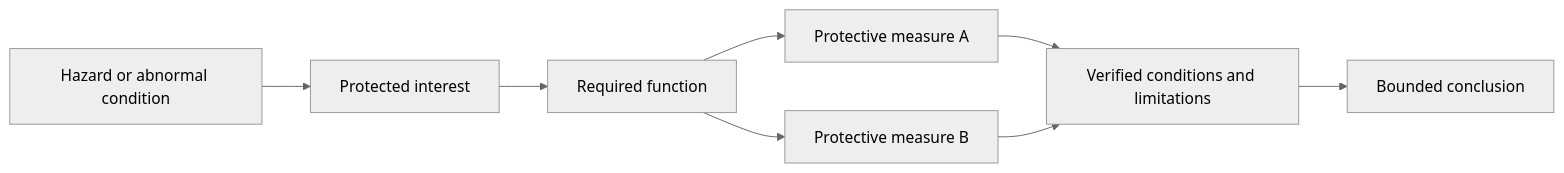
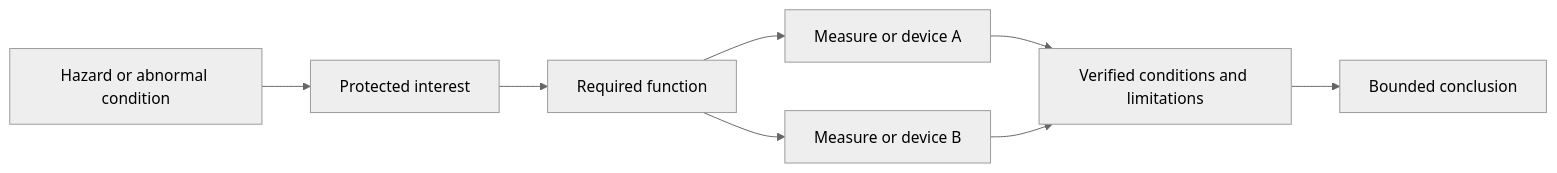
Before and after one commit to andrew3stedall/capstone: the second of 2 diagrams in docs/learning-plans/12-week/modules/day-10-protective-device-roles-and-protection-boundaries.md, drawn with Mermaid (neutral theme). The commit also changed other lines of this file and 3 other files, not shown here.

````diff
--- a/docs/learning-plans/12-week/modules/day-10-protective-device-roles-and-protection-boundaries.md
+++ b/docs/learning-plans/12-week/modules/day-10-protective-device-roles-and-protection-boundaries.md
@@ -193,10 +184,10 @@
 ```mermaid
 flowchart LR
     H["Hazard or abnormal condition"] --> I["Protected interest"]
     I --> F["Required function"]
-    F --> M1["Protective measure A"]
-    F --> M2["Protective measure B"]
+    F --> M1["Measure or device A"]
+    F --> M2["Measure or device B"]
     M1 --> V["Verified conditions and limitations"]
     M2 --> V
     V --> C["Bounded conclusion"]
 ```
````
